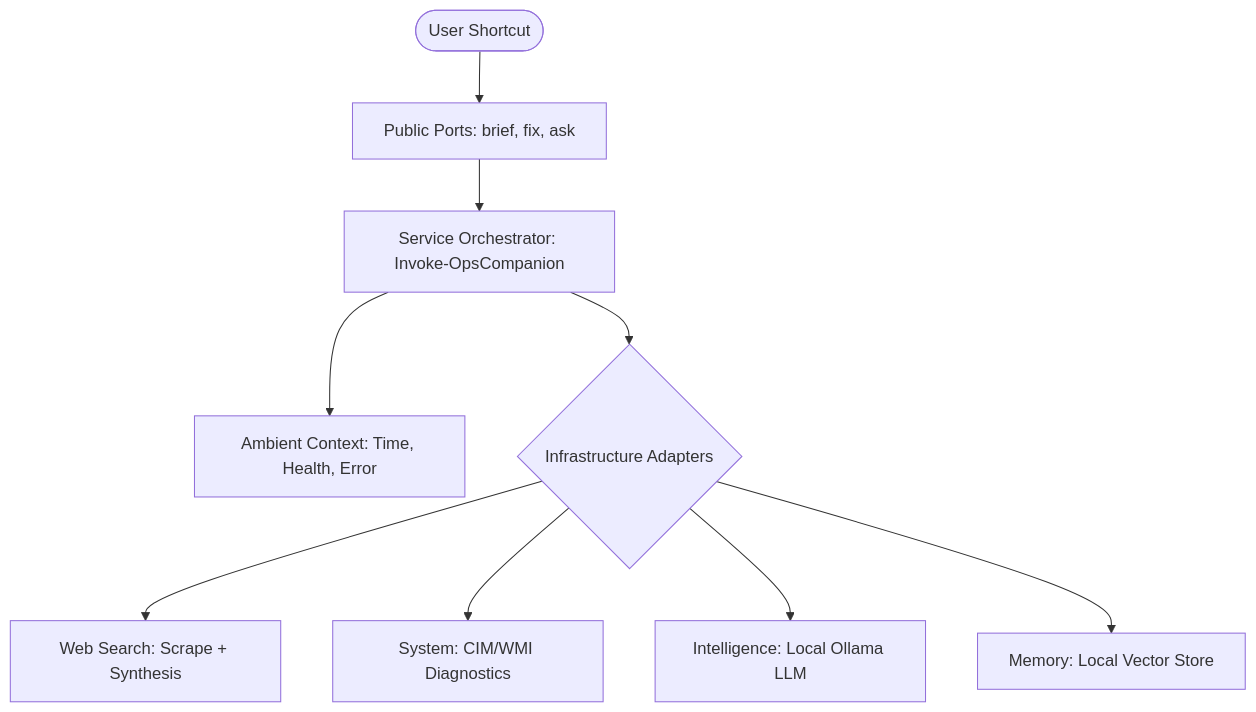
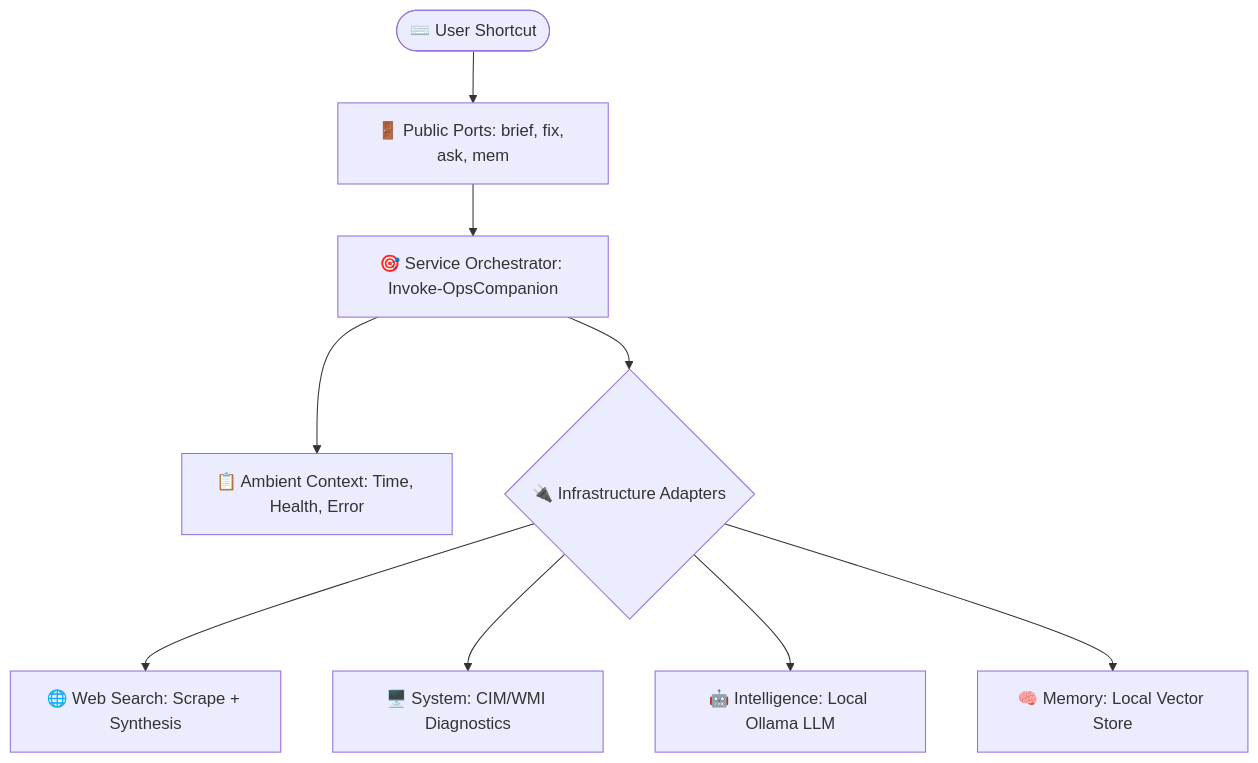
One commit to shahriarhaqueabir/Power changed the diagram in README.md. Above: the diagram before and after it, drawn with Mermaid. The commit also changed other lines of this file and 5 other files, not shown here.

````diff
--- a/README.md
+++ b/README.md
@@ -92,11 +47,11 @@
 ```mermaid
 graph TD
-    User([User Shortcut]) --> Ports[Public Ports: brief, fix, ask]
-    Ports --> Service[Service Orchestrator: Invoke-OpsCompanion]
-    Service --> Context[Ambient Context: Time, Health, Error]
-    Service --> Adapters{Infrastructure Adapters}
-    Adapters --> Web[Web Search: Scrape + Synthesis]
-    Adapters --> CIM[System: CIM/WMI Diagnostics]
-    Adapters --> AI[Intelligence: Local Ollama LLM]
-    Adapters --> Memory[Memory: Local Vector Store]
+  User([⌨️ User Shortcut]) --> Ports[🚪 Public Ports: brief, fix, ask, mem]
+  Ports --> Service[🎯 Service Orchestrator: Invoke-OpsCompanion]
+  Service --> Context[📋 Ambient Context: Time, Health, Error]
+  Service --> Adapters{🔌 Infrastructure Adapters}
+  Adapters --> Web[🌐 Web Search: Scrape + Synthesis]
+  Adapters --> CIM[🖥️ System: CIM/WMI Diagnostics]
+  Adapters --> AI[🤖 Intelligence: Local Ollama LLM]
+  Adapters --> Memory[🧠 Memory: Local Vector Store]
 ```
````
